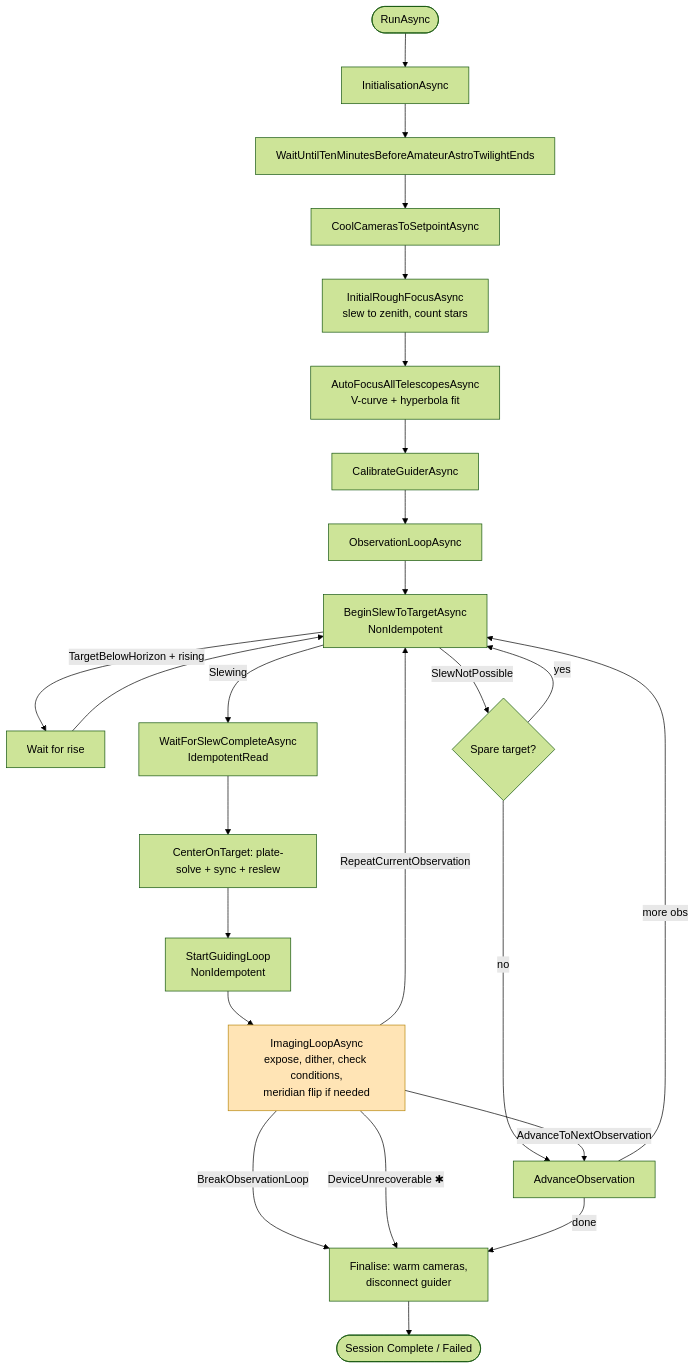
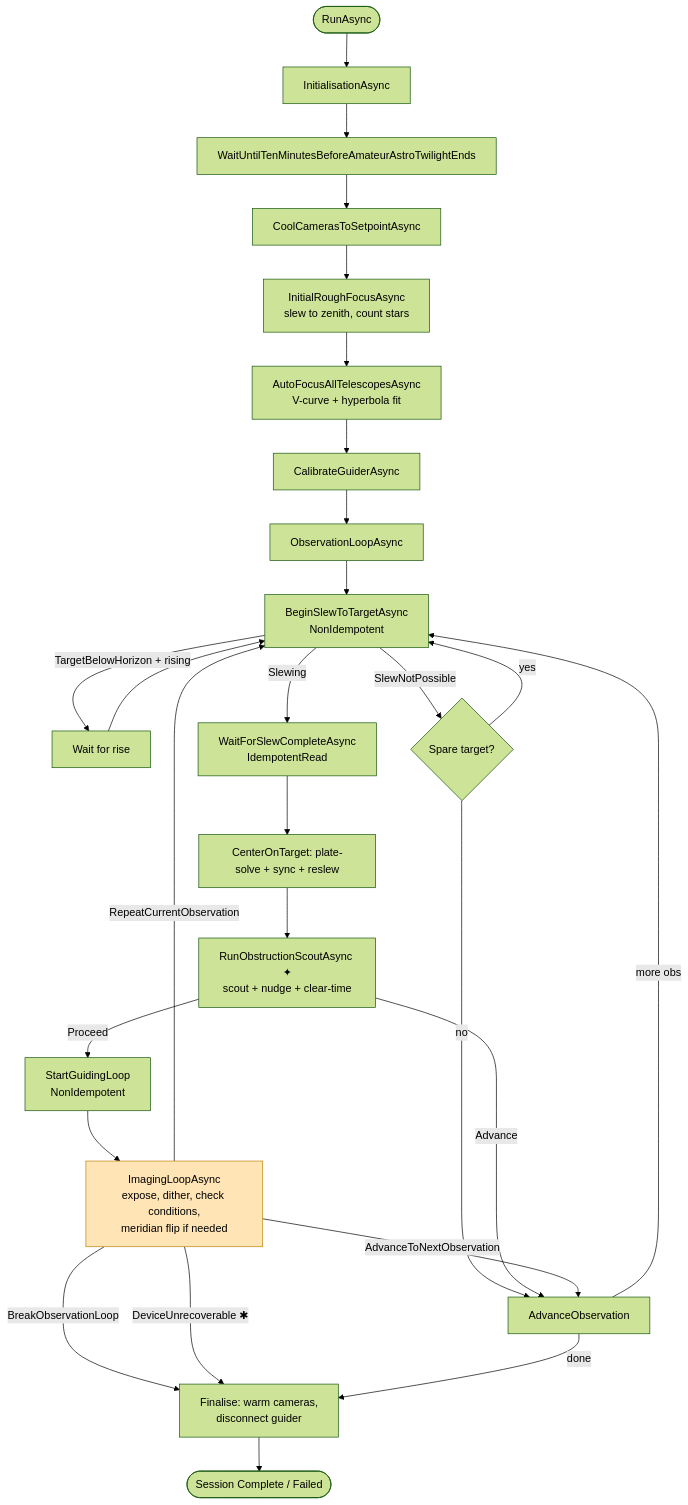
The first of 4 diagrams in ARCH-driver-resilience.md (SharpAstro/tianwen), drawn with Mermaid (forest theme) before and after one commit. The commit also changed other lines of this file and 2 other files, not shown here.

Commit message:
ARCH-fov-obstruction.md + diagram updates + TODO ticks
- new ARCH-fov-obstruction.md: workflow placement, three-phase decision tree,
  loop-side routing state diagram, trajectory clear-time flow, config table,
  files, guard rails for future work, not-shipped notes
- ARCH-driver-resilience.md: added Scout node + Proceed/Advance branches to the
  top-level session workflow, with cross-reference to the new arch doc
- TODO.md: ticked
  - "FOV obstruction detection" (lines 141 + 157, both copies of the same idea)
  - "Device disconnect resilience in imaging loop" (shipped via driver-resilience)
  - "OnStep mount driver" (shipped earlier; was missed when OnStep landed)

````diff
--- a/ARCH-driver-resilience.md
+++ b/ARCH-driver-resilience.md
@@ -16,34 +16,36 @@
 ```mermaid
 flowchart TD
     Start([RunAsync]) --> Init[InitialisationAsync]
     Init --> WaitDusk[WaitUntilTenMinutesBeforeAmateurAstroTwilightEnds]
     WaitDusk --> Cool[CoolCamerasToSetpointAsync]
     Cool --> Rough[InitialRoughFocusAsync<br/>slew to zenith, count stars]
     Rough --> AF[AutoFocusAllTelescopesAsync<br/>V-curve + hyperbola fit]
     AF --> Calib[CalibrateGuiderAsync]
     Calib --> Obs[ObservationLoopAsync]
 
     Obs --> Slew[BeginSlewToTargetAsync<br/>NonIdempotent]
     Slew -->|TargetBelowHorizon + rising| Wait1[Wait for rise]
     Wait1 --> Slew
     Slew -->|SlewNotPossible| Spare{Spare target?}
     Spare -->|yes| Slew
     Spare -->|no| Advance[AdvanceObservation]
     Slew -->|Slewing| WaitSlew[WaitForSlewCompleteAsync<br/>IdempotentRead]
     WaitSlew --> Center[CenterOnTarget: plate-solve + sync + reslew]
-    Center --> Guide[StartGuidingLoop<br/>NonIdempotent]
+    Center --> Scout[RunObstructionScoutAsync ✦<br/>scout + nudge + clear-time]
+    Scout -->|Proceed| Guide[StartGuidingLoop<br/>NonIdempotent]
+    Scout -->|Advance| Advance
     Guide --> Imaging[ImagingLoopAsync<br/>expose, dither, check conditions,<br/>meridian flip if needed]
 
     Imaging -->|AdvanceToNextObservation| Advance
     Imaging -->|RepeatCurrentObservation| Slew
     Imaging -->|BreakObservationLoop| Finalize
     Imaging -->|DeviceUnrecoverable ✱| Finalize
 
     Advance -->|more obs| Slew
     Advance -->|done| Finalize
 
     Finalize[Finalise: warm cameras,<br/>disconnect guider] --> End([Session Complete / Failed])
 
     classDef new fill:#ffe4b5,stroke:#b8860b;
     class Imaging new;
 ```
````
